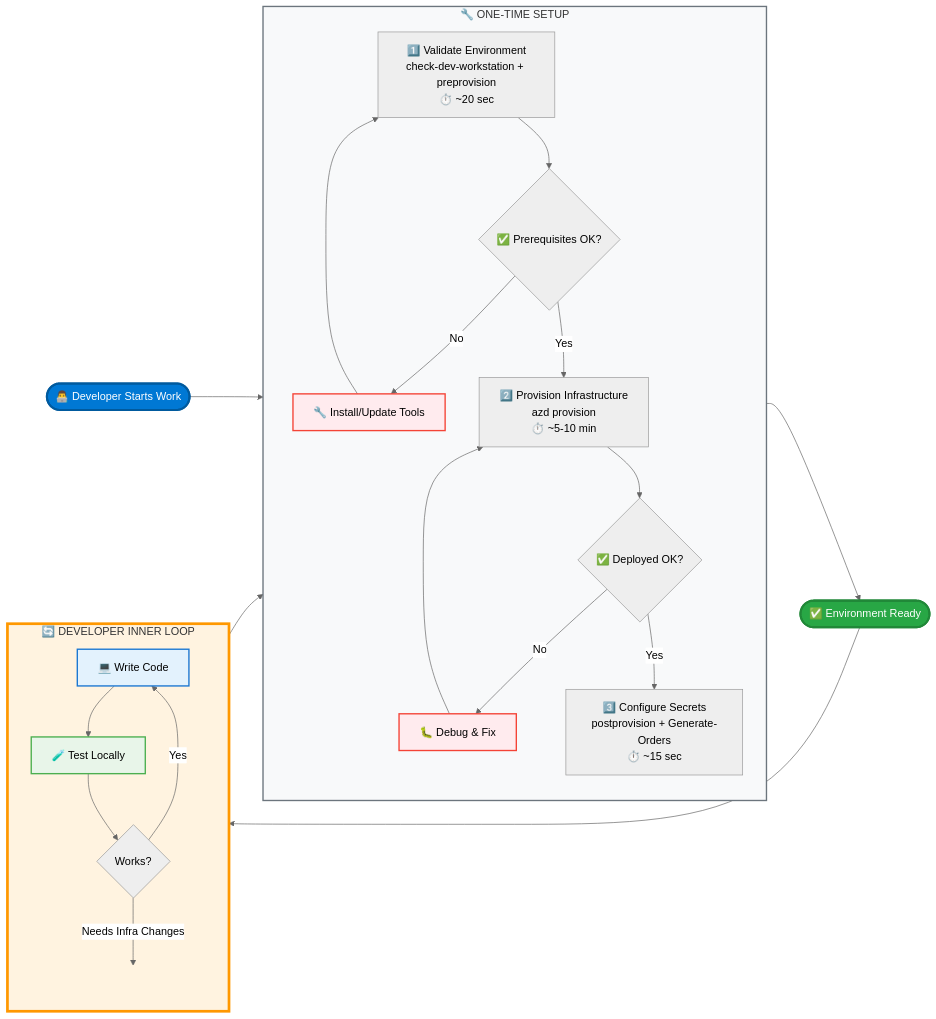
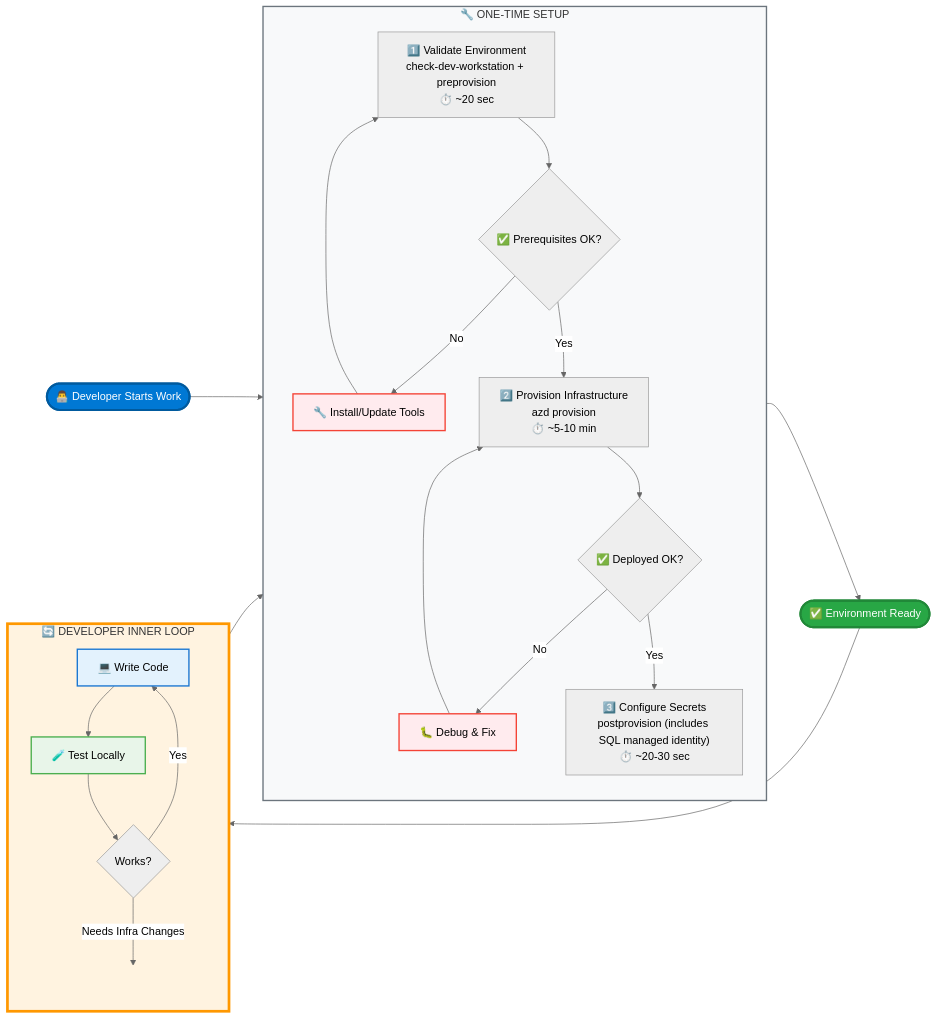
The first of 2 diagrams in hooks/README.md (Evilazaro/Azure-LogicApps-Monitoring), drawn with Mermaid (neutral theme) before and after one commit. The commit also changed other lines of this file, not shown here.

Commit message:
Enhance README.md to include SQL Database managed identity configuration details; improve clarity in automation script descriptions and execution flow for better developer guidance

````diff
--- a/hooks/README.md
+++ b/hooks/README.md
@@ -49,44 +50,44 @@
 ```mermaid
 flowchart LR
     Start([👨‍💻 Developer Starts Work]) --> Validate
     
     subgraph Setup["🔧 ONE-TIME SETUP"]
         direction TB
         Validate["1️⃣ Validate Environment<br/>check-dev-workstation + preprovision<br/>⏱️ ~20 sec"] 
         Validate --> CheckValid{✅ Prerequisites OK?}
         CheckValid --> |No| Fix[🔧 Install/Update Tools]
         Fix --> Validate
         CheckValid --> |Yes| Provision
         
         Provision["2️⃣ Provision Infrastructure<br/>azd provision<br/>⏱️ ~5-10 min"]
         Provision --> CheckDeploy{✅ Deployed OK?}
         CheckDeploy --> |No| Debug[🐛 Debug & Fix]
         Debug --> Provision
         CheckDeploy --> |Yes| Configure
         
-        Configure["3️⃣ Configure Secrets<br/>postprovision + Generate-Orders<br/>⏱️ ~15 sec"]
+        Configure["3️⃣ Configure Secrets<br/>postprovision (includes SQL managed identity)<br/>⏱️ ~20-30 sec"]
     end
     
     Configure --> Ready([✅ Environment Ready])
     Ready --> DevLoop
     
     subgraph DevLoop["🔄 DEVELOPER INNER LOOP"]
         direction TB
         Code[💻 Write Code] --> Test[🧪 Test Locally]
         Test --> Review{Works?}
         Review --> |Yes| Code
         Review --> |Needs Infra Changes| ExitLoop[ ]
     end
     
     ExitLoop --> Validate
     
     style Start fill:#0078d4,stroke:#005a9e,stroke-width:3px,color:#fff
     style Ready fill:#28a745,stroke:#218838,stroke-width:3px,color:#fff
     style Setup fill:#f8f9fa,stroke:#6c757d,stroke-width:2px
     style DevLoop fill:#fff3e0,stroke:#ff9800,stroke-width:4px
     style Code fill:#e3f2fd,stroke:#1976d2,stroke-width:2px
     style Test fill:#e8f5e9,stroke:#4caf50,stroke-width:2px
     style Fix fill:#ffebee,stroke:#f44336,stroke-width:2px
     style Debug fill:#ffebee,stroke:#f44336,stroke-width:2px
     style ExitLoop fill:none,stroke:none
 ```
````
